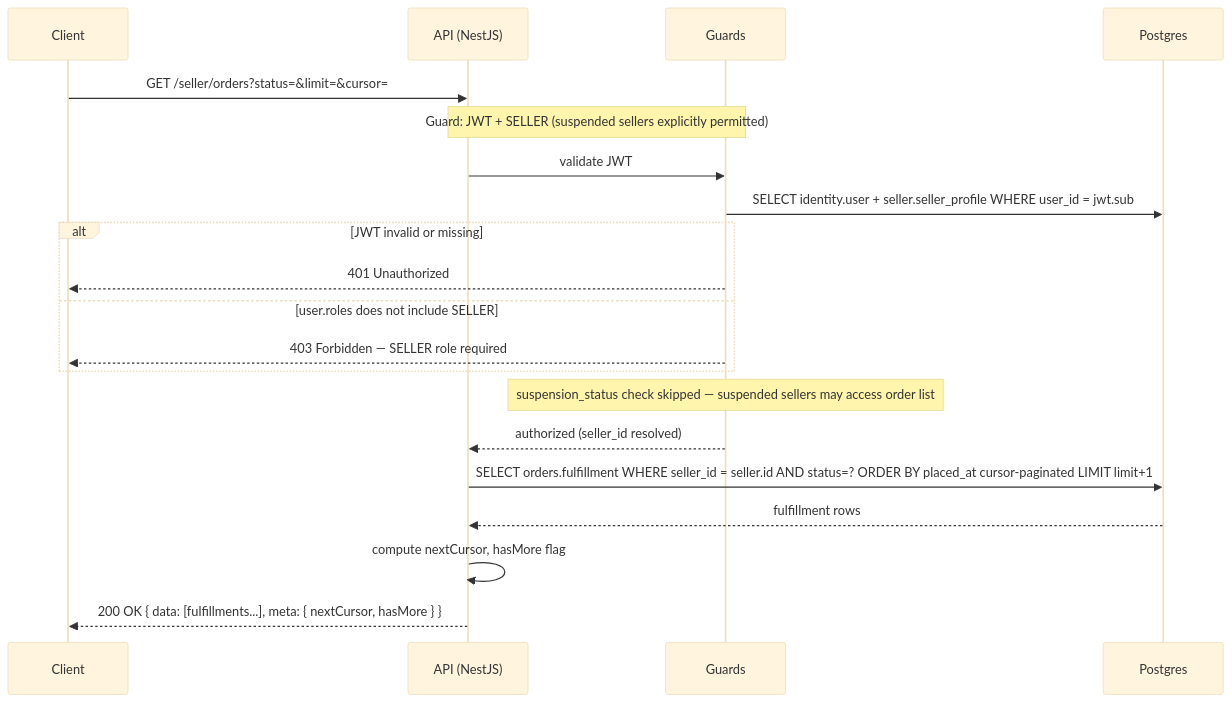
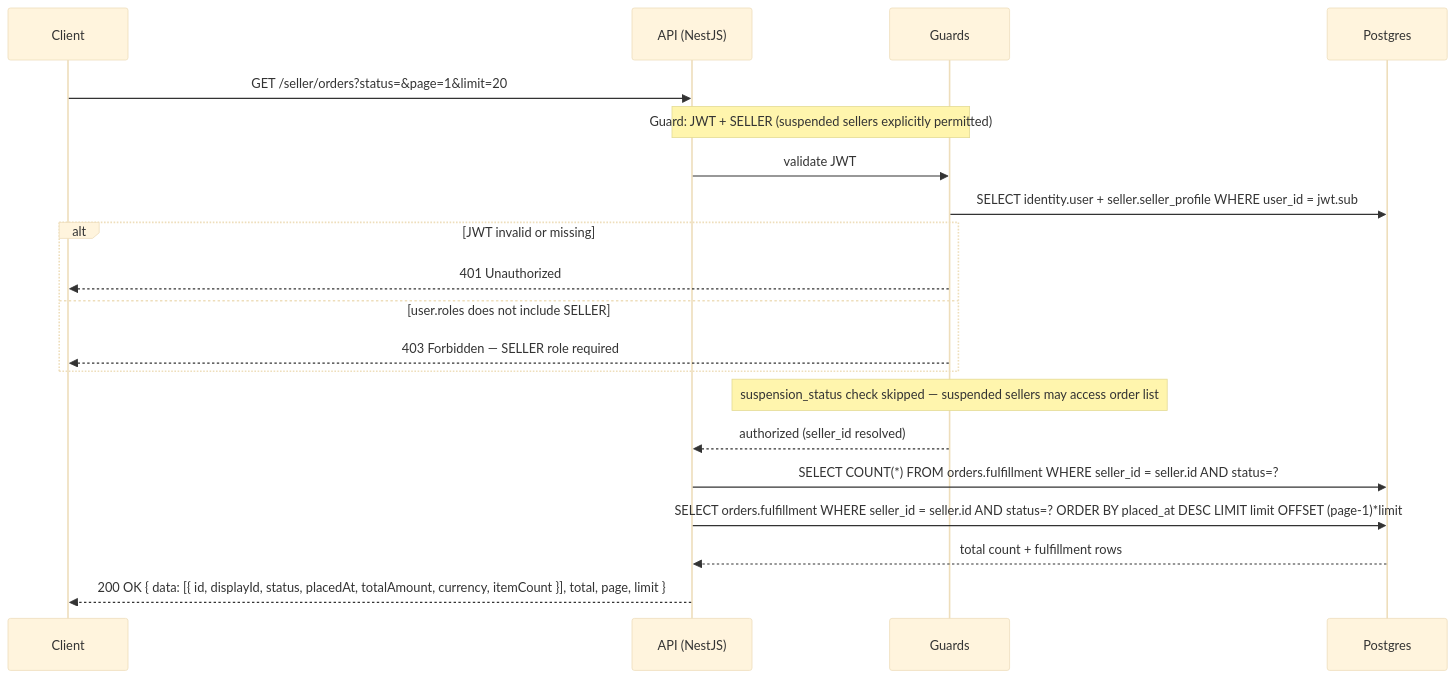
Diagram 13 of 21 in phase-1/technical-design/api-design/seller.md (alisa-uthi/aliceut-ecom-document), drawn with Mermaid (base theme) before and after one commit. The commit also changed other lines of this file and 35 other files, not shown here.

````diff
--- a/phase-1/technical-design/api-design/seller.md
+++ b/phase-1/technical-design/api-design/seller.md
@@ -928,25 +956,25 @@
 ```mermaid
 sequenceDiagram
     participant C as Client
     participant A as API (NestJS)
     participant G as Guards
     participant P as Postgres
 
-    C->>A: GET /seller/orders?status=&limit=&cursor=
+    C->>A: GET /seller/orders?status=&page=1&limit=20
     Note over A,G: Guard: JWT + SELLER (suspended sellers explicitly permitted)
     A->>G: validate JWT
     G->>P: SELECT identity.user + seller.seller_profile WHERE user_id = jwt.sub
     alt JWT invalid or missing
         G-->>C: 401 Unauthorized
     else user.roles does not include SELLER
         G-->>C: 403 Forbidden — SELLER role required
     end
     Note over G: suspension_status check skipped — suspended sellers may access order list
     G-->>A: authorized (seller_id resolved)
 
-    A->>P: SELECT orders.fulfillment WHERE seller_id = seller.id AND status=? ORDER BY placed_at cursor-paginated LIMIT limit+1
-    P-->>A: fulfillment rows
+    A->>P: SELECT COUNT(*) FROM orders.fulfillment WHERE seller_id = seller.id AND status=?
+    A->>P: SELECT orders.fulfillment WHERE seller_id = seller.id AND status=? ORDER BY placed_at DESC LIMIT limit OFFSET (page-1)*limit
+    P-->>A: total count + fulfillment rows
 
-    A->>A: compute nextCursor, hasMore flag
-    A-->>C: 200 OK { data: [fulfillments...], meta: { nextCursor, hasMore } }
+    A-->>C: 200 OK { data: [{ id, displayId, status, placedAt, totalAmount, currency, itemCount }], total, page, limit }
 ```
````
